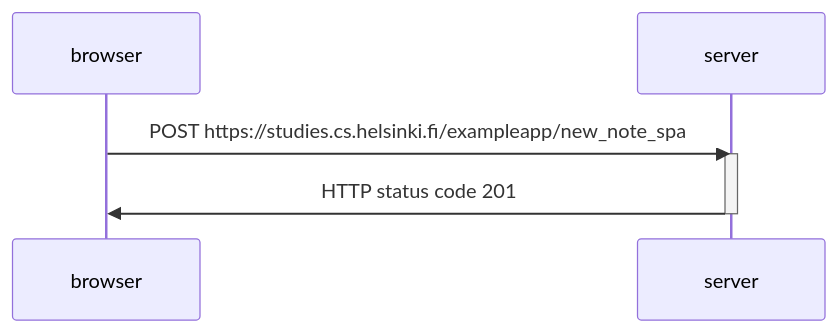
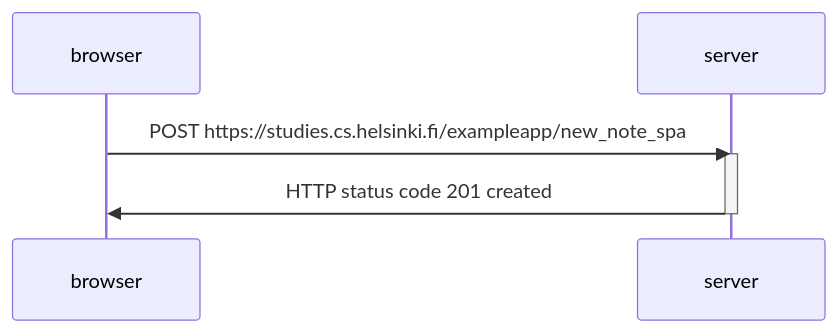
Before and after one commit to anceldev/fullStackOpen: the diagram in part0/0.6-Nueva-nota-en-diagrama-de-aplicacion-de-una-sola-pagina.md, drawn with Mermaid. The commit also changed 1 other file, not shown here.

````diff
--- a/part0/0.6-Nueva-nota-en-diagrama-de-aplicacion-de-una-sola-pagina.md
+++ b/part0/0.6-Nueva-nota-en-diagrama-de-aplicacion-de-una-sola-pagina.md
@@ -1,11 +1,11 @@
 ```mermaid
 sequenceDiagram
   participant browser
   participant server
 
   browser->>server: POST https://studies.cs.helsinki.fi/exampleapp/new_note_spa
   activate server
-  server->>browser: HTTP status code 201
+  server->>browser: HTTP status code 201 created
   deactivate server
   
 ```
````
